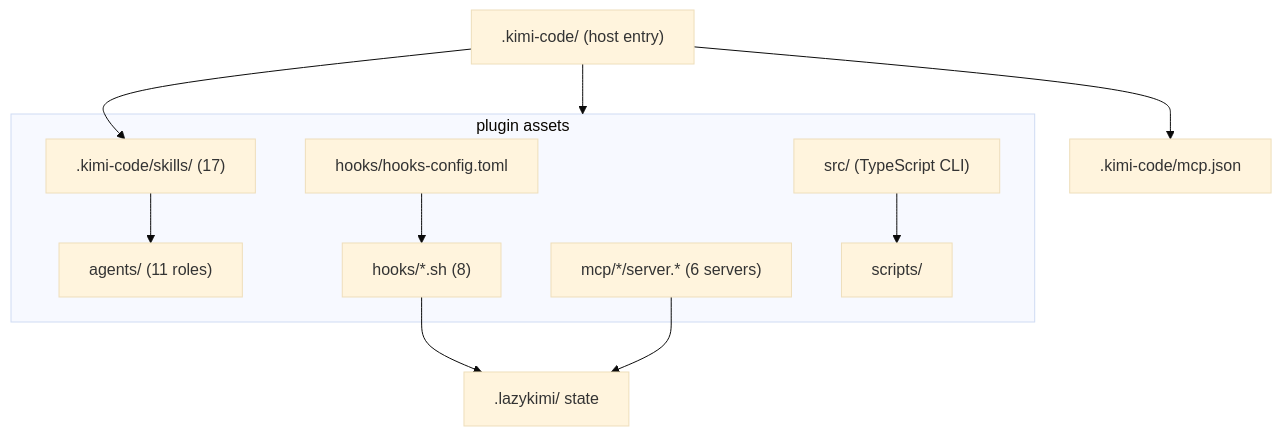
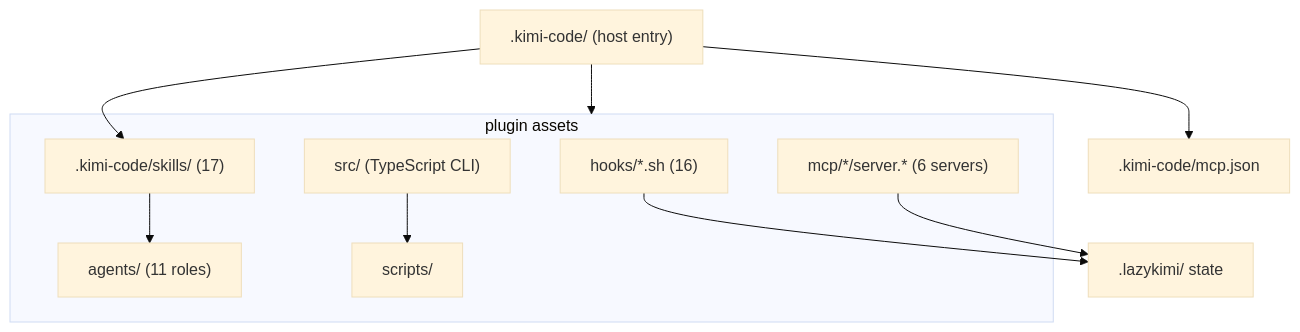
One commit to elvinzhao10/LazyKimi changed the diagram in lazykimi-plugin/docs/07-package-map.md. Above: the diagram before and after it, drawn with Mermaid (base theme). The commit also changed other lines of this file and 56 other files, not shown here.

````diff
--- a/lazykimi-plugin/docs/07-package-map.md
+++ b/lazykimi-plugin/docs/07-package-map.md
@@ -7,20 +7,18 @@
 ```mermaid
 flowchart TB
     KCDot[".kimi-code/ (host entry)"] --> Assets
     subgraph Assets["plugin assets"]
       Skills[".kimi-code/skills/ (17)"]
       Agents["agents/ (11 roles)"]
-      HookMap["hooks/hooks-config.toml"]
-      HookScripts["hooks/*.sh (8)"]
+      HookScripts["hooks/*.sh (16)"]
       MCP["mcp/*/server.* (6 servers)"]
       CLI["src/ (TypeScript CLI)"]
       Scripts["scripts/"]
     end
     KCDot --> Skills
     KCDot --> MCPDecl[".kimi-code/mcp.json"]
-    HookMap --> HookScripts
     Skills --> Agents
     HookScripts --> State[".lazykimi/ state"]
     MCP --> State
     CLI --> Scripts
 ```
````
